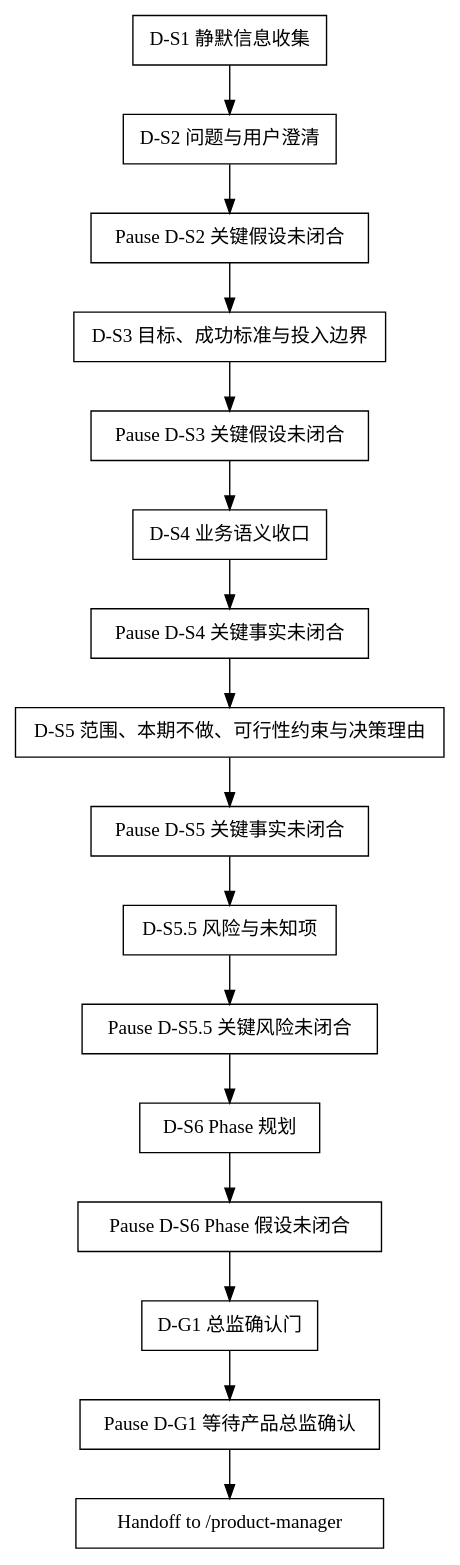
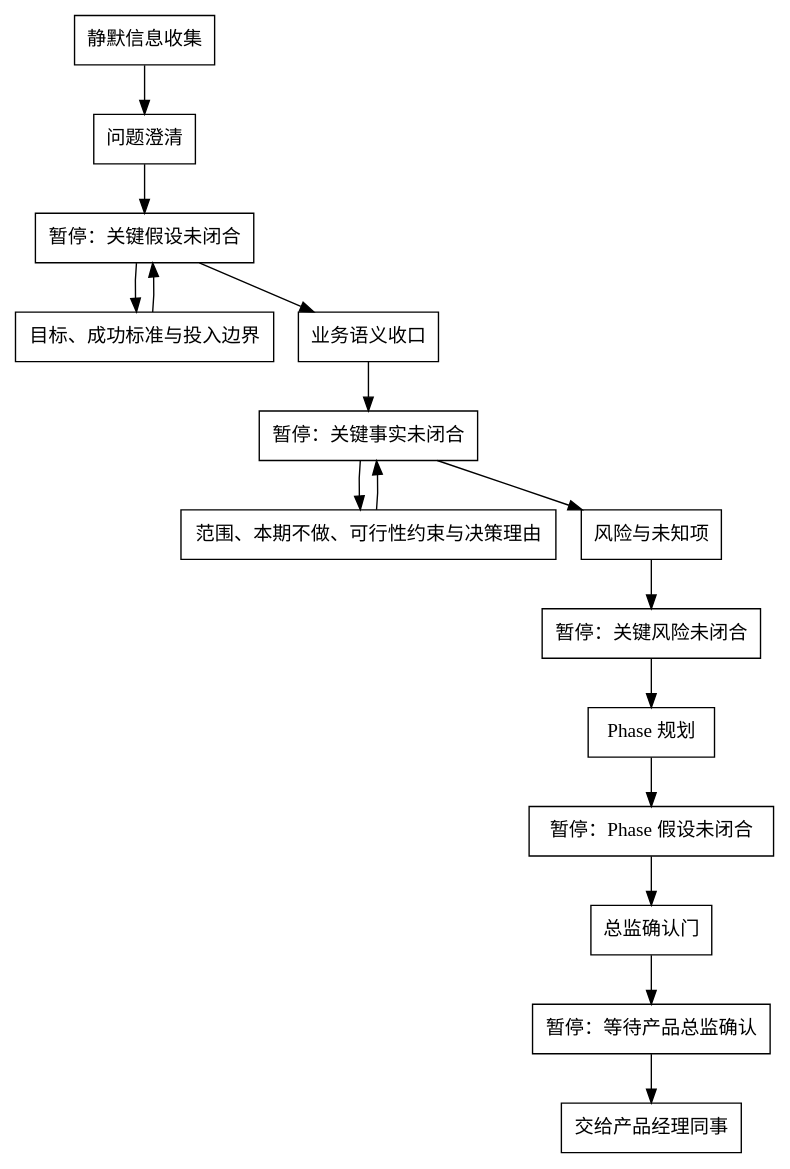
The diagram in shared/skills/product-director/SKILL.md (jieli-cqwl/org-claude-skills), drawn with Graphviz before and after one commit. The commit also changed other lines of this file and 20 other files, not shown here.

````diff
--- a/shared/skills/product-director/SKILL.md
+++ b/shared/skills/product-director/SKILL.md
@@ -38,14 +38,14 @@
 ```dot
 digraph product_director_flow {
   rankdir=TB;
   node [shape=box];
-  "D-S1 静默信息收集" -> "D-S2 问题与用户澄清";
-  "D-S2 问题与用户澄清" -> "Pause D-S2 关键假设未闭合" -> "D-S3 目标、成功标准与投入边界";
-  "D-S3 目标、成功标准与投入边界" -> "Pause D-S3 关键假设未闭合" -> "D-S4 业务语义收口";
-  "D-S4 业务语义收口" -> "Pause D-S4 关键事实未闭合" -> "D-S5 范围、本期不做、可行性约束与决策理由";
-  "D-S5 范围、本期不做、可行性约束与决策理由" -> "Pause D-S5 关键事实未闭合" -> "D-S5.5 风险与未知项";
-  "D-S5.5 风险与未知项" -> "Pause D-S5.5 关键风险未闭合" -> "D-S6 Phase 规划";
-  "D-S6 Phase 规划" -> "Pause D-S6 Phase 假设未闭合" -> "D-G1 总监确认门";
-  "D-G1 总监确认门" -> "Pause D-G1 等待产品总监确认" -> "Handoff to /product-manager";
+  "静默信息收集" -> "问题澄清";
+  "问题澄清" -> "暂停：关键假设未闭合" -> "目标、成功标准与投入边界";
+  "目标、成功标准与投入边界" -> "暂停：关键假设未闭合" -> "业务语义收口";
+  "业务语义收口" -> "暂停：关键事实未闭合" -> "范围、本期不做、可行性约束与决策理由";
+  "范围、本期不做、可行性约束与决策理由" -> "暂停：关键事实未闭合" -> "风险与未知项";
+  "风险与未知项" -> "暂停：关键风险未闭合" -> "Phase 规划";
+  "Phase 规划" -> "暂停：Phase 假设未闭合" -> "总监确认门";
+  "总监确认门" -> "暂停：等待产品总监确认" -> "交给产品经理同事";
 }
 ```
````
